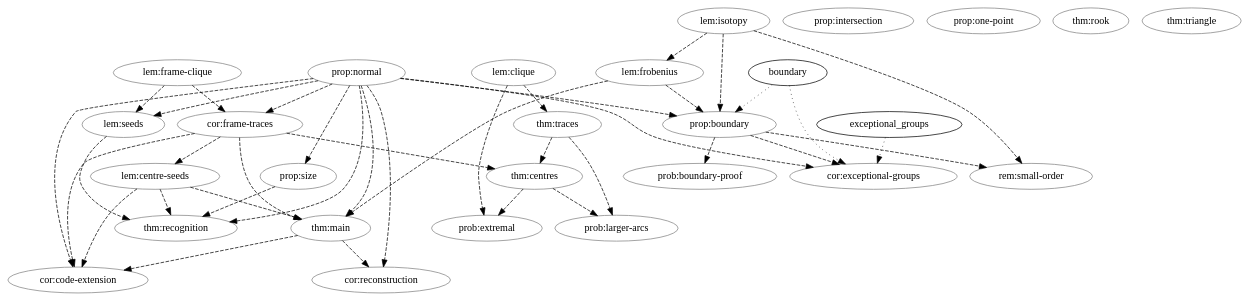
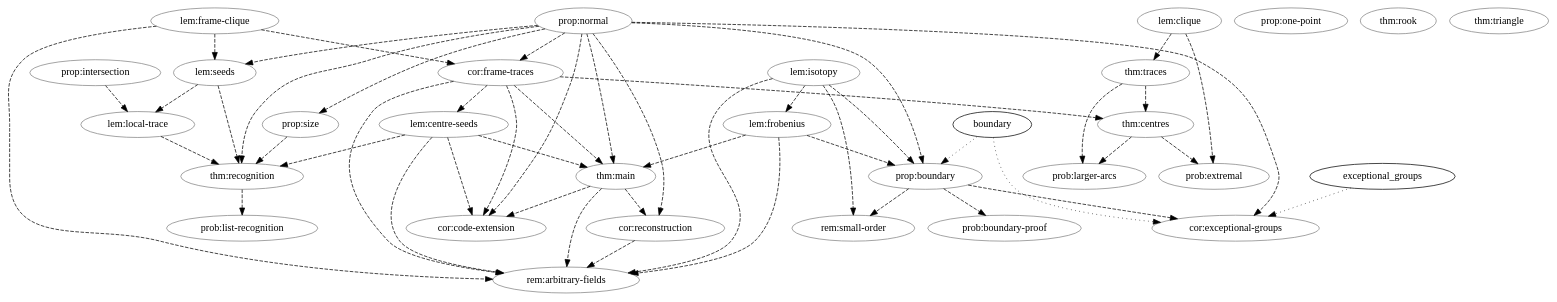
Before and after one commit to tavisrudd/continuation-graph-rigidity: the diagram in verification/dependency-graph.dot, drawn with Graphviz. The commit also changed 11 other files, not shown here.

First line of the commit message:
Extend rigidity to arbitrary fields and give optimal quadratic recognition

```diff
--- a/verification/dependency-graph.dot
+++ b/verification/dependency-graph.dot
@@ -1,66 +1,80 @@
 digraph claims {
   "cor:code-extension" [color="gray"];
   "thm:main" -> "cor:code-extension" [style=dashed];
   "prop:normal" -> "cor:code-extension" [style=dashed];
   "cor:frame-traces" -> "cor:code-extension" [style=dashed];
   "lem:centre-seeds" -> "cor:code-extension" [style=dashed];
   "cor:exceptional-groups" [color="gray"];
   "prop:boundary" -> "cor:exceptional-groups" [style=dashed];
   "prop:normal" -> "cor:exceptional-groups" [style=dashed];
   "boundary" -> "cor:exceptional-groups" [style=dotted];
   "exceptional_groups" -> "cor:exceptional-groups" [style=dotted];
   "cor:frame-traces" [color="gray"];
   "lem:frame-clique" -> "cor:frame-traces" [style=dashed];
   "prop:normal" -> "cor:frame-traces" [style=dashed];
   "cor:reconstruction" [color="gray"];
   "thm:main" -> "cor:reconstruction" [style=dashed];
   "prop:normal" -> "cor:reconstruction" [style=dashed];
   "lem:centre-seeds" [color="gray"];
   "cor:frame-traces" -> "lem:centre-seeds" [style=dashed];
   "lem:clique" [color="gray"];
   "lem:frame-clique" [color="gray"];
   "lem:frobenius" [color="gray"];
   "lem:isotopy" -> "lem:frobenius" [style=dashed];
   "lem:isotopy" [color="gray"];
+  "lem:local-trace" [color="gray"];
+  "lem:seeds" -> "lem:local-trace" [style=dashed];
+  "prop:intersection" -> "lem:local-trace" [style=dashed];
   "lem:seeds" [color="gray"];
   "prop:normal" -> "lem:seeds" [style=dashed];
   "lem:frame-clique" -> "lem:seeds" [style=dashed];
   "prob:boundary-proof" [color="gray"];
   "prop:boundary" -> "prob:boundary-proof" [style=dashed];
   "prob:extremal" [color="gray"];
   "lem:clique" -> "prob:extremal" [style=dashed];
   "thm:centres" -> "prob:extremal" [style=dashed];
   "prob:larger-arcs" [color="gray"];
   "thm:traces" -> "prob:larger-arcs" [style=dashed];
   "thm:centres" -> "prob:larger-arcs" [style=dashed];
+  "prob:list-recognition" [color="gray"];
+  "thm:recognition" -> "prob:list-recognition" [style=dashed];
   "prop:boundary" [color="gray"];
   "prop:normal" -> "prop:boundary" [style=dashed];
   "lem:isotopy" -> "prop:boundary" [style=dashed];
   "lem:frobenius" -> "prop:boundary" [style=dashed];
   "boundary" -> "prop:boundary" [style=dotted];
   "prop:intersection" [color="gray"];
   "prop:normal" [color="gray"];
   "prop:one-point" [color="gray"];
   "prop:size" [color="gray"];
   "prop:normal" -> "prop:size" [style=dashed];
+  "rem:arbitrary-fields" [color="gray"];
+  "lem:isotopy" -> "rem:arbitrary-fields" [style=dashed];
+  "lem:frobenius" -> "rem:arbitrary-fields" [style=dashed];
+  "lem:frame-clique" -> "rem:arbitrary-fields" [style=dashed];
+  "cor:frame-traces" -> "rem:arbitrary-fields" [style=dashed];
+  "lem:centre-seeds" -> "rem:arbitrary-fields" [style=dashed];
+  "thm:main" -> "rem:arbitrary-fields" [style=dashed];
+  "cor:reconstruction" -> "rem:arbitrary-fields" [style=dashed];
   "rem:small-order" [color="gray"];
   "prop:boundary" -> "rem:small-order" [style=dashed];
   "lem:isotopy" -> "rem:small-order" [style=dashed];
   "thm:centres" [color="gray"];
   "cor:frame-traces" -> "thm:centres" [style=dashed];
   "thm:traces" -> "thm:centres" [style=dashed];
   "thm:main" [color="gray"];
   "cor:frame-traces" -> "thm:main" [style=dashed];
   "lem:centre-seeds" -> "thm:main" [style=dashed];
   "prop:normal" -> "thm:main" [style=dashed];
   "lem:frobenius" -> "thm:main" [style=dashed];
   "thm:recognition" [color="gray"];
   "lem:seeds" -> "thm:recognition" [style=dashed];
+  "lem:local-trace" -> "thm:recognition" [style=dashed];
   "lem:centre-seeds" -> "thm:recognition" [style=dashed];
   "prop:normal" -> "thm:recognition" [style=dashed];
   "prop:size" -> "thm:recognition" [style=dashed];
   "thm:rook" [color="gray"];
   "thm:traces" [color="gray"];
   "lem:clique" -> "thm:traces" [style=dashed];
   "thm:triangle" [color="gray"];
 }
```
